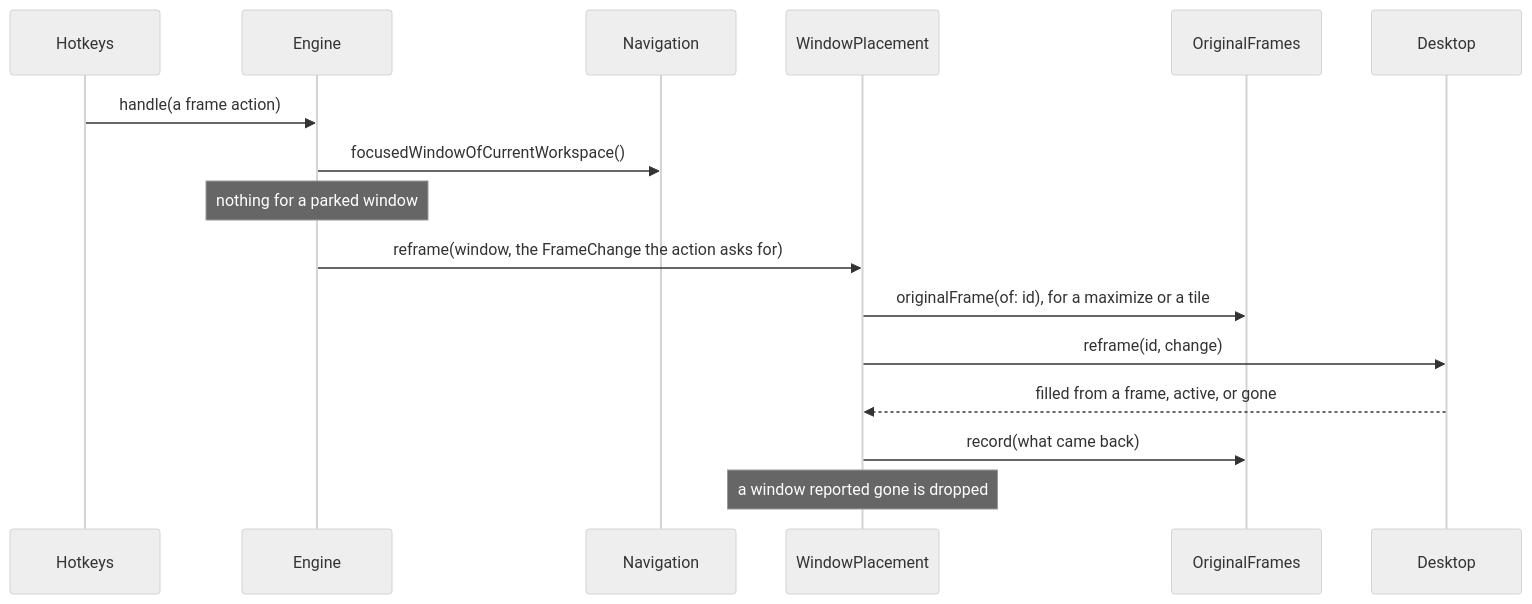
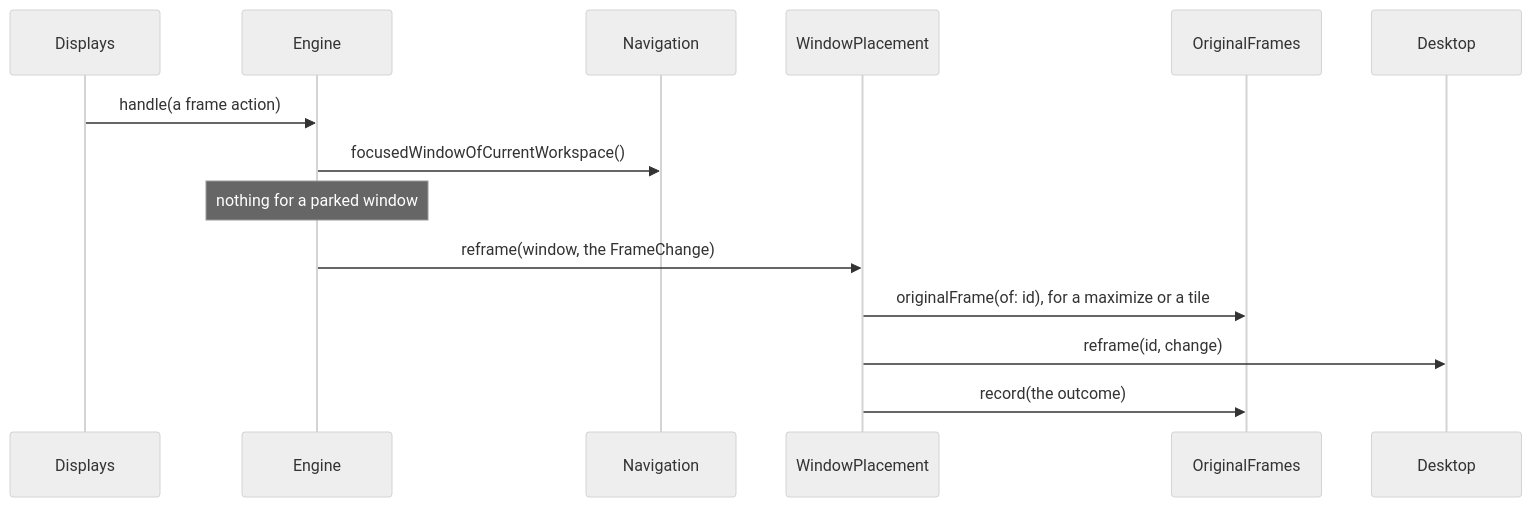
Before and after one commit to brennovich/ottowm: diagram 14 of 25 in ARCHITECTURE.md, drawn with Mermaid (neutral theme). The commit also changed other lines of this file and 71 other files, not shown here.

````diff
--- a/ARCHITECTURE.md
+++ b/ARCHITECTURE.md
@@ -321,12 +349,10 @@
 ```mermaid
 sequenceDiagram
-    Hotkeys->>Engine: handle(a frame action)
+    Displays->>Engine: handle(a frame action)
     Engine->>Navigation: focusedWindowOfCurrentWorkspace()
     Note over Engine: nothing for a parked window
-    Engine->>WindowPlacement: reframe(window, the FrameChange the action asks for)
+    Engine->>WindowPlacement: reframe(window, the FrameChange)
     WindowPlacement->>OriginalFrames: originalFrame(of: id), for a maximize or a tile
     WindowPlacement->>Desktop: reframe(id, change)
-    Desktop-->>WindowPlacement: filled from a frame, active, or gone
-    WindowPlacement->>OriginalFrames: record(what came back)
-    Note over WindowPlacement: a window reported gone is dropped
+    WindowPlacement->>OriginalFrames: record(the outcome)
 ```
````
